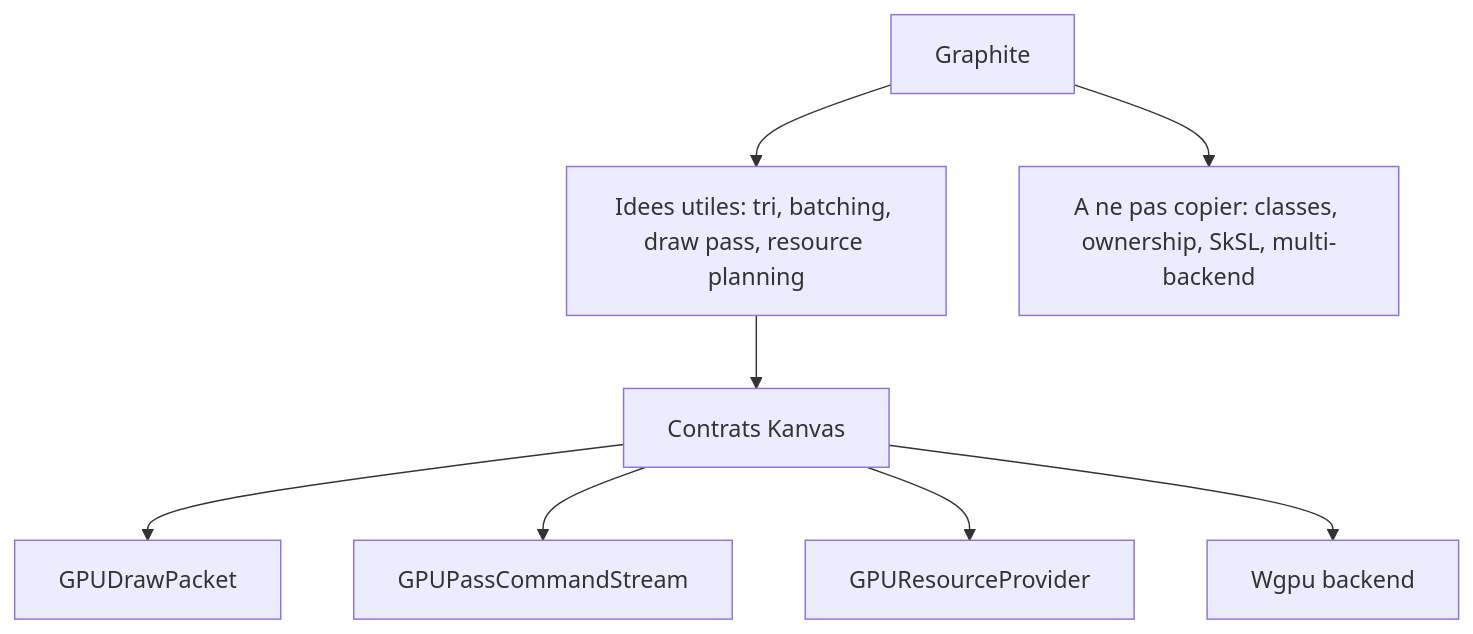
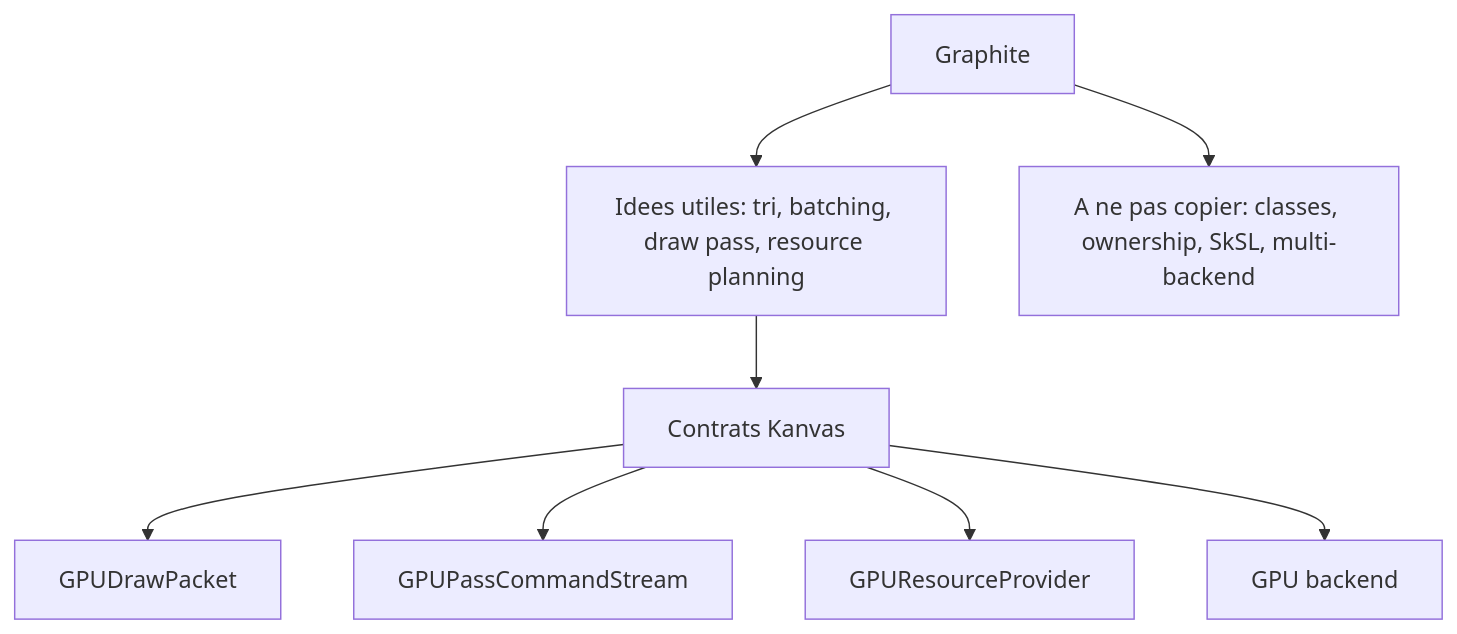
One commit to ygdrasil-io/kanvas changed the eighth of 8 diagrams in refactor/06-diagrams.md. Above: the diagram before and after it, drawn with Mermaid. The commit also changed other lines of this file and 7 other files, not shown here.

````diff
--- a/refactor/06-diagrams.md
+++ b/refactor/06-diagrams.md
@@ -180,10 +180,10 @@
 ```mermaid
 flowchart TD
     A["Graphite"] --> B["Idees utiles: tri, batching, draw pass, resource planning"]
     A --> C["A ne pas copier: classes, ownership, SkSL, multi-backend"]
     B --> D["Contrats Kanvas"]
     D --> E["GPUDrawPacket"]
     D --> F["GPUPassCommandStream"]
     D --> G["GPUResourceProvider"]
-    D --> H["Wgpu backend"]
+    D --> H["GPU backend"]
 ```
````
